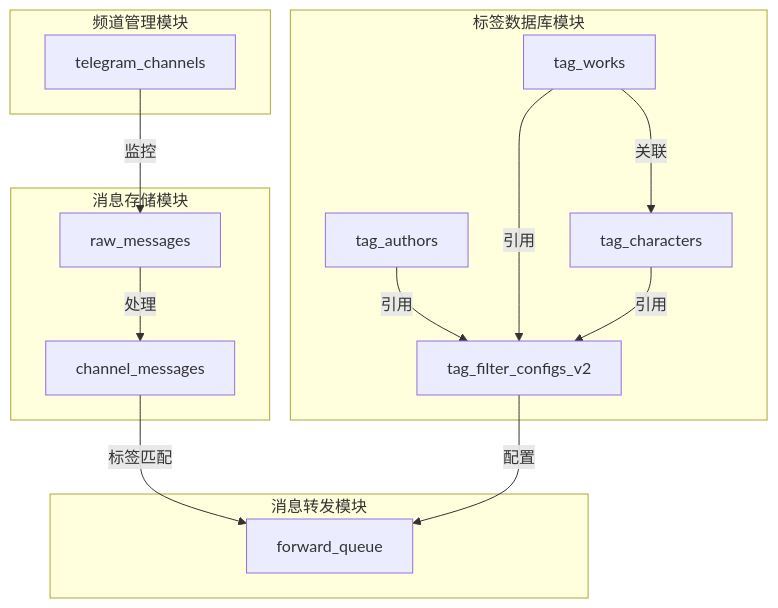
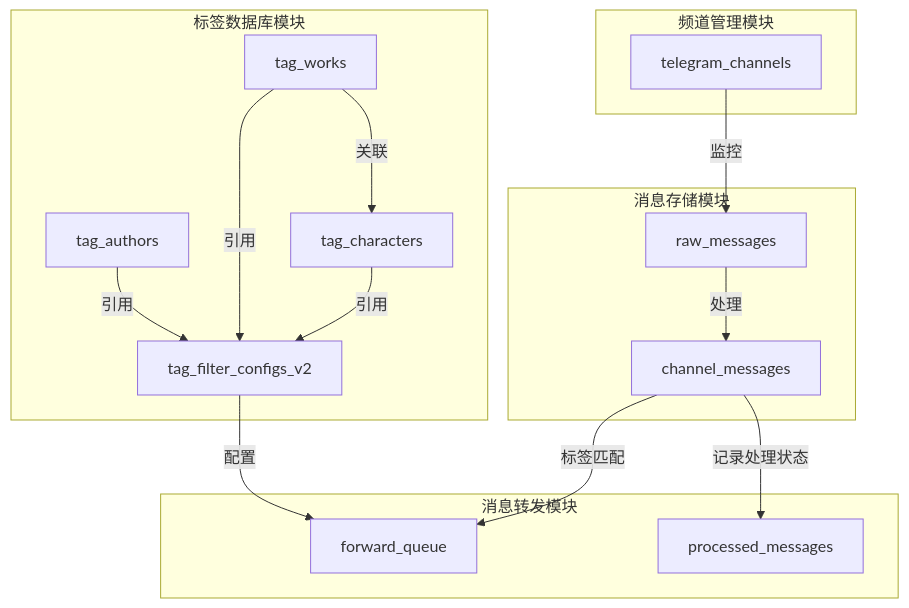
One commit to tianlovo/CocoMonyaB changed the first of 3 diagrams in docs/arch/数据库结构文档.md. Above: the diagram before and after it, drawn with Mermaid. The commit also changed other lines of this file and 3 other files, not shown here.

````diff
--- a/docs/arch/数据库结构文档.md
+++ b/docs/arch/数据库结构文档.md
@@ -105,31 +106,33 @@
 ```mermaid
 graph TB
     subgraph "频道管理模块"
         A[telegram_channels]
     end
     
     subgraph "消息存储模块"
         B[raw_messages]
         C[channel_messages]
     end
     
     subgraph "标签数据库模块"
         D[tag_authors]
         E[tag_works]
         F[tag_characters]
         G[tag_filter_configs_v2]
     end
     
     subgraph "消息转发模块"
         H[forward_queue]
+        I[processed_messages]
     end
     
     A -->|监控| B
     B -->|处理| C
     C -->|标签匹配| H
+    C -->|记录处理状态| I
     D -->|引用| G
     E -->|引用| G
     F -->|引用| G
     E -->|关联| F
     G -->|配置| H
 ```
````
